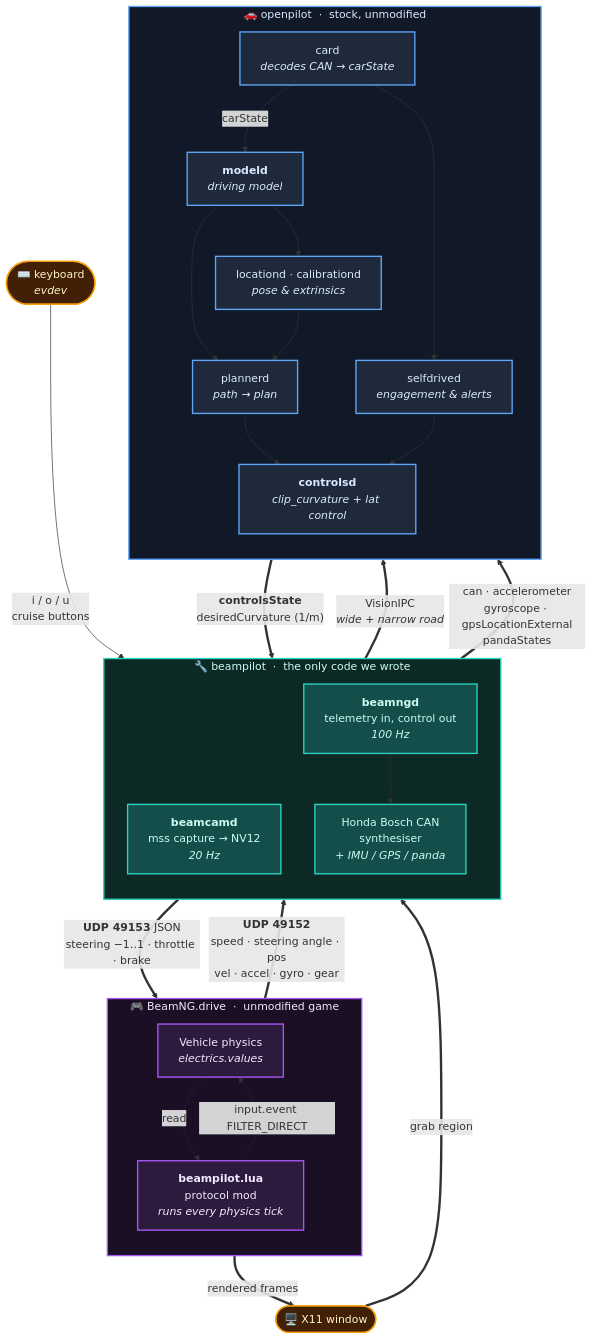
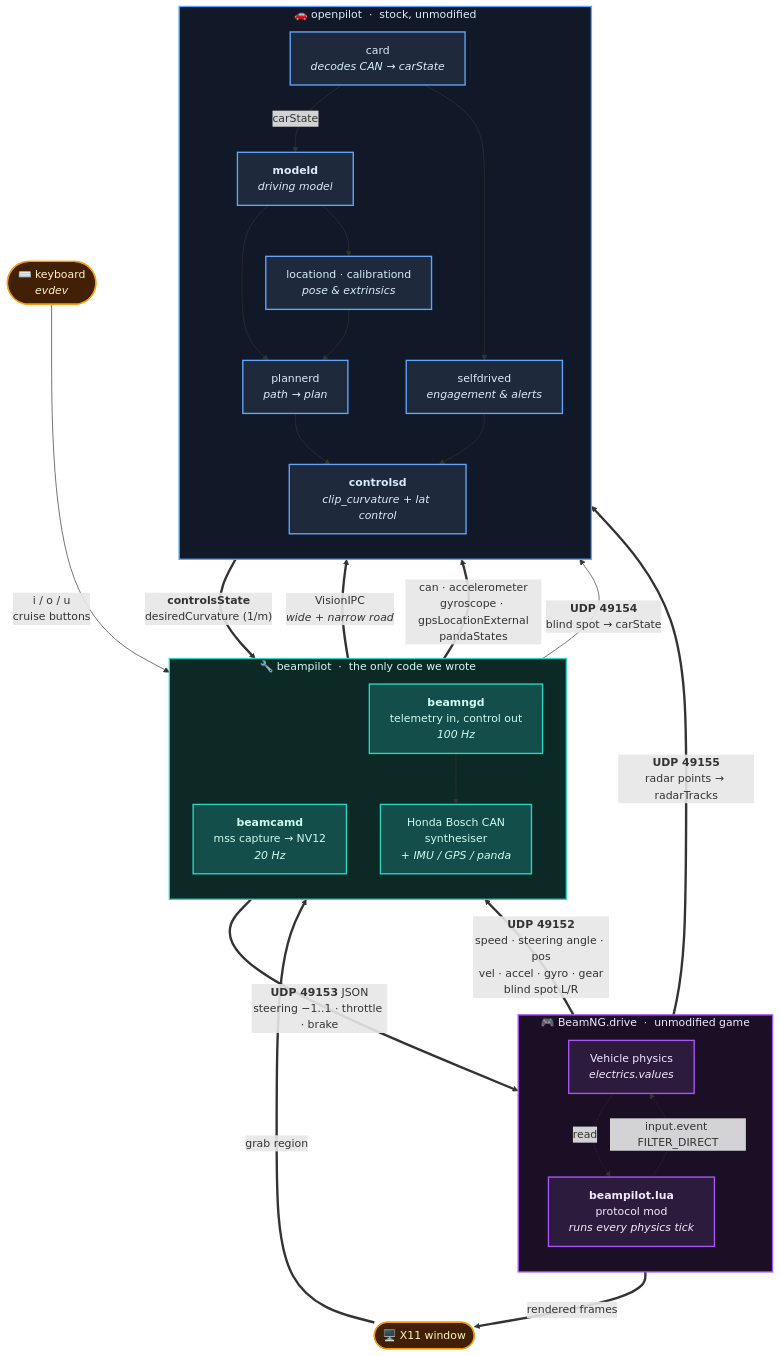
One commit to Caleb-J773/beampilot-drive changed the first of 2 diagrams in README.md. Above: the diagram before and after it, drawn with Mermaid. The commit also changed other lines of this file and 27 other files, not shown here.

````diff
--- a/README.md
+++ b/README.md
@@ -554,65 +732,67 @@
 ```mermaid
 flowchart TB
     subgraph GAME["🎮 BeamNG.drive &nbsp;·&nbsp; unmodified game"]
         direction TB
         PHYS["Vehicle physics<br/><i>electrics.values</i>"]
         LUA["<b>beampilot.lua</b><br/>protocol mod<br/><i>runs every physics tick</i>"]
         PHYS -.->|"read"| LUA
         LUA -.->|"input.event FILTER_DIRECT"| PHYS
     end
 
     subgraph OURS["🔧 beampilot &nbsp;·&nbsp; the only code we wrote"]
         direction TB
         CAM["<b>beamcamd</b><br/>mss capture → NV12<br/><i>20 Hz</i>"]
         BNG["<b>beamngd</b><br/>telemetry in, control out<br/><i>100 Hz</i>"]
         FAKE["Honda Bosch CAN<br/>synthesiser<br/><i>+ IMU / GPS / panda</i>"]
         BNG --> FAKE
     end
 
     subgraph OP["🚗 openpilot &nbsp;·&nbsp; stock, unmodified"]
         direction TB
         CARD["card<br/><i>decodes CAN → carState</i>"]
         MODELD["<b>modeld</b><br/><i>driving model</i>"]
         LOC["locationd · calibrationd<br/><i>pose &amp; extrinsics</i>"]
         PLAN["plannerd<br/><i>path → plan</i>"]
         CTRL["<b>controlsd</b><br/><i>clip_curvature + lat control</i>"]
         SELF["selfdrived<br/><i>engagement &amp; alerts</i>"]
 
         CARD --> SELF
         MODELD --> PLAN
         MODELD --> LOC
         LOC --> PLAN
         PLAN --> CTRL
         SELF --> CTRL
     end
 
     SCREEN(["🖥️ X11 window"])
 
     GAME ==>|"rendered frames"| SCREEN
     SCREEN ==>|"grab region"| CAM
-    LUA ==>|"<b>UDP 49152</b><br/>speed · steering angle · pos<br/>vel · accel · gyro · gear"| BNG
+    LUA ==>|"<b>UDP 49152</b><br/>speed · steering angle · pos<br/>vel · accel · gyro · gear<br/>blind spot L/R"| BNG
     CAM ==>|"VisionIPC<br/><i>wide + narrow road</i>"| MODELD
     FAKE ==>|"can · accelerometer<br/>gyroscope · gpsLocationExternal<br/>pandaStates"| CARD
+    BNG -->|"<b>UDP 49154</b><br/>blind spot → carState"| CARD
+    LUA ==>|"<b>UDP 49155</b><br/>radar points → radarTracks"| CARD
     CARD -->|"carState"| MODELD
     CTRL ==>|"<b>controlsState</b><br/>desiredCurvature (1/m)"| BNG
     BNG ==>|"<b>UDP 49153</b> JSON<br/>steering −1‥1 · throttle · brake"| LUA
 
     KEYS(["⌨️ keyboard<br/><i>evdev</i>"])
     KEYS -->|"i / o / u<br/>cruise buttons"| BNG
 
     classDef gameStyle fill:#2d1b3d,stroke:#a855f7,stroke-width:2px,color:#f3e8ff
     classDef oursStyle fill:#134e4a,stroke:#2dd4bf,stroke-width:2px,color:#ccfbf1
     classDef opStyle fill:#1e293b,stroke:#60a5fa,stroke-width:2px,color:#dbeafe
     classDef ioStyle fill:#422006,stroke:#f59e0b,stroke-width:2px,color:#fef3c7
 
     class PHYS,LUA gameStyle
     class CAM,BNG,FAKE oursStyle
     class CARD,MODELD,LOC,PLAN,CTRL,SELF opStyle
     class SCREEN,KEYS ioStyle
 
     %% subgraph containers -- explicit so they don't fall back to the theme's
     %% pale default, which clashes with the dark node fills in both GitHub modes
     style GAME fill:#1a0f24,stroke:#a855f7,stroke-width:2px,color:#f3e8ff
     style OURS fill:#0c2926,stroke:#2dd4bf,stroke-width:2px,color:#ccfbf1
     style OP fill:#111827,stroke:#60a5fa,stroke-width:2px,color:#dbeafe
 ```
````
